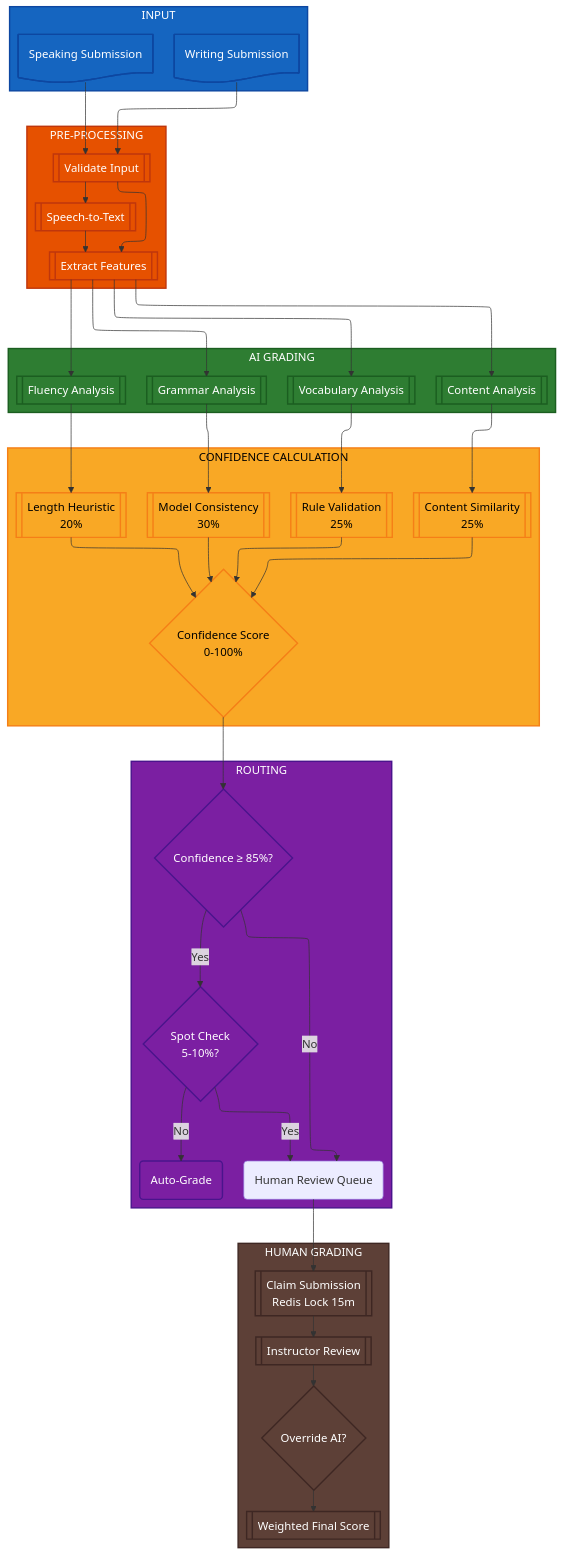
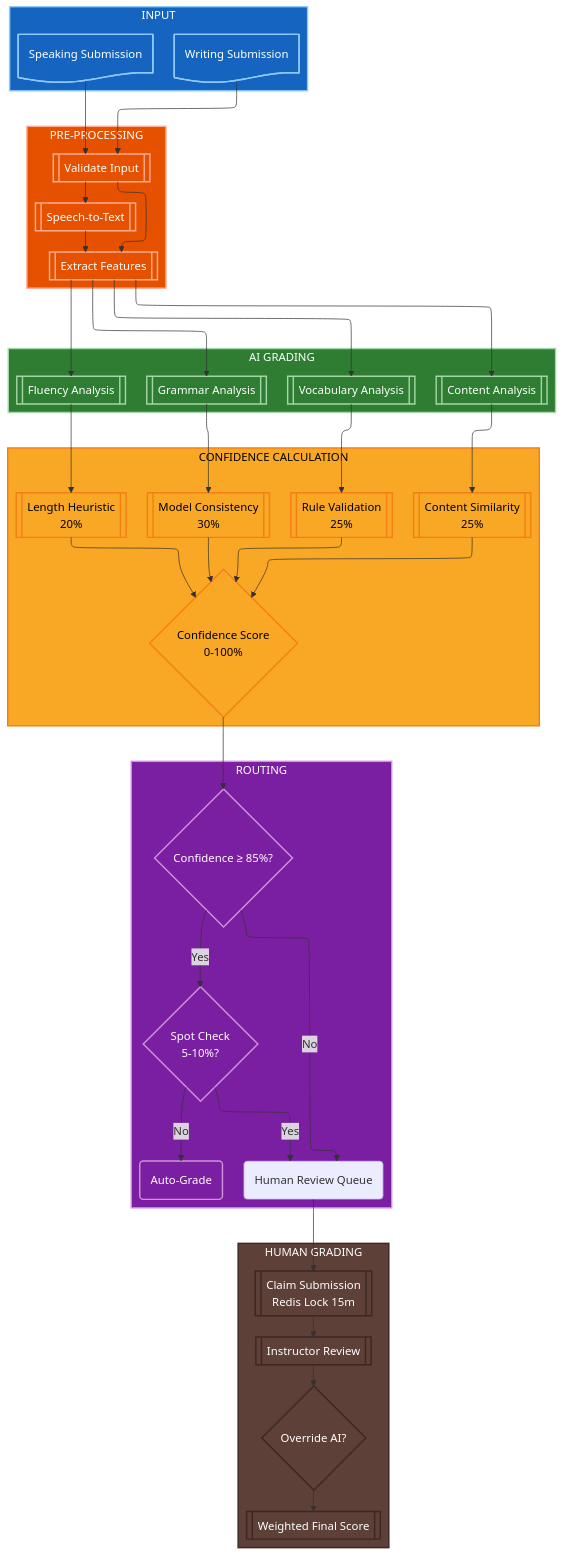
One commit to nghyane/VSTEP changed the eighth of 12 diagrams in docs/capstone/diagrams/flow-diagrams.vi.md. Above: the diagram before and after it, drawn with Mermaid. The commit also changed other lines of this file, not shown here.

First line of the commit message:
fix(docs): optimize diagram colors for dark/light mode compatibility

````diff
--- a/docs/capstone/diagrams/flow-diagrams.vi.md
+++ b/docs/capstone/diagrams/flow-diagrams.vi.md
@@ -400,82 +400,82 @@
 ```mermaid
 ---
 config:
   layout: elk
 ---
 flowchart TB
     subgraph Input["INPUT"]
         Writing@{ shape: doc, label: "Writing Submission" }
         Speaking@{ shape: doc, label: "Speaking Submission" }
     end
 
     subgraph Preprocess["PRE-PROCESSING"]
         Validate@{ shape: fr-rect, label: "Validate Input" }
         Transcribe@{ shape: fr-rect, label: "Speech-to-Text" }
         Extract@{ shape: fr-rect, label: "Extract Features" }
     end
 
     subgraph AIGrading["AI GRADING"]
         direction TB
         Grammar@{ shape: fr-rect, label: "Grammar Analysis" }
         Vocab@{ shape: fr-rect, label: "Vocabulary Analysis" }
         Content@{ shape: fr-rect, label: "Content Analysis" }
         Fluency@{ shape: fr-rect, label: "Fluency Analysis" }
     end
 
     subgraph Confidence["CONFIDENCE CALCULATION"]
         ModelCons@{ shape: fr-rect, label: "Model Consistency<br/>30%" }
         RuleVal@{ shape: fr-rect, label: "Rule Validation<br/>25%" }
         ContentSim@{ shape: fr-rect, label: "Content Similarity<br/>25%" }
         LengthHeur@{ shape: fr-rect, label: "Length Heuristic<br/>20%" }
         Score@{ shape: diam, label: "Confidence Score\n0-100%" }
     end
 
     subgraph Routing["ROUTING"]
         Threshold@{ shape: diam, label: "Confidence ≥ 85%?" }
         SpotCheck@{ shape: diam, label: "Spot Check<br/>5-10%?" }
         Auto@{ shape: rounded, label: "Auto-Grade" }
         Human@{ shape: rounded, label: "Human Review Queue" }
     end
 
     subgraph HumanGrading["HUMAN GRADING"]
         Claim@{ shape: fr-rect, label: "Claim Submission<br/>Redis Lock 15m" }
         Review@{ shape: fr-rect, label: "Instructor Review" }
         Override@{ shape: diam, label: "Override AI?" }
         Weighted@{ shape: fr-rect, label: "Weighted Final Score" }
     end
 
     Writing --> Validate --> Extract
     Speaking --> Validate --> Transcribe --> Extract
     
     Extract --> Grammar --> ModelCons
     Extract --> Vocab --> RuleVal
     Extract --> Content --> ContentSim
     Extract --> Fluency --> LengthHeur
     
     ModelCons --> Score
     RuleVal --> Score
     ContentSim --> Score
     LengthHeur --> Score
     
     Score --> Threshold
     Threshold -->|"Yes"| SpotCheck
     SpotCheck -->|"No"| Auto
     SpotCheck -->|"Yes"| Human
     Threshold -->|"No"| Human
     
     Human --> Claim --> Review --> Override --> Weighted
 
-    classDef input fill:#1565c0,stroke:#0d47a1,stroke-width:2px,color:#fff
-    classDef process fill:#e65100,stroke:#bf360c,stroke-width:2px,color:#fff
-    classDef ai fill:#2e7d32,stroke:#1b5e20,stroke-width:2px,color:#fff
+    classDef input fill:#1565c0,stroke:#90caf9,stroke-width:2px,color:#fff
+    classDef process fill:#e65100,stroke:#ffab91,stroke-width:2px,color:#fff
+    classDef ai fill:#2e7d32,stroke:#a5d6a7,stroke-width:2px,color:#fff
     classDef conf fill:#f9a825,stroke:#f57f17,stroke-width:2px,color:#000
-    classDef route fill:#7b1fa2,stroke:#4a148c,stroke-width:2px,color:#fff
+    classDef route fill:#7b1fa2,stroke:#ce93d8,stroke-width:2px,color:#fff
     classDef human fill:#5d4037,stroke:#3e2723,stroke-width:2px,color:#fff
 
     class Input,Writing,Speaking input
     class Preprocess,Validate,Transcribe,Extract process
     class AIGrading,Grammar,Vocab,Content,Fluency ai
     class Confidence,ModelCons,RuleVal,ContentSim,LengthHeur,Score conf
     class Routing,Threshold,SpotCheck,Auto route
     class HumanGrading,Claim,Review,Override,Weighted human
 ```
````
